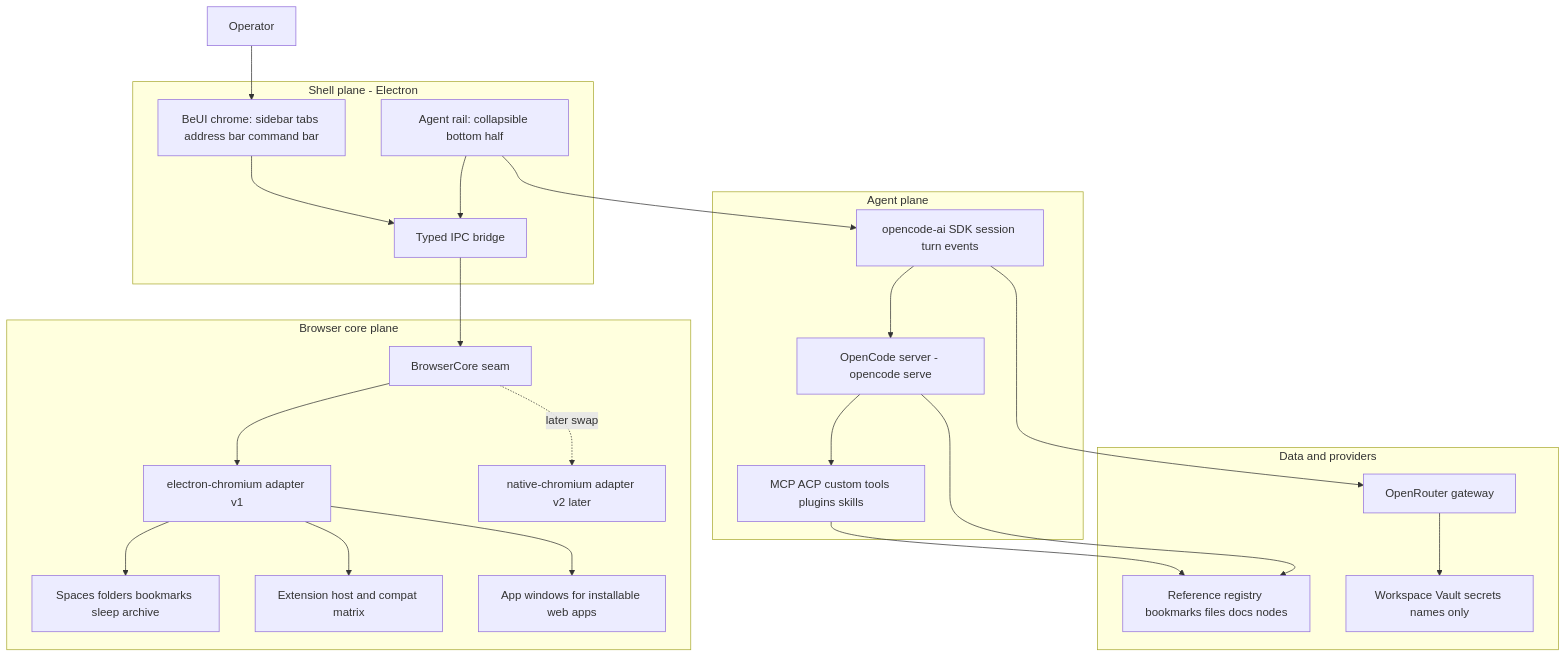
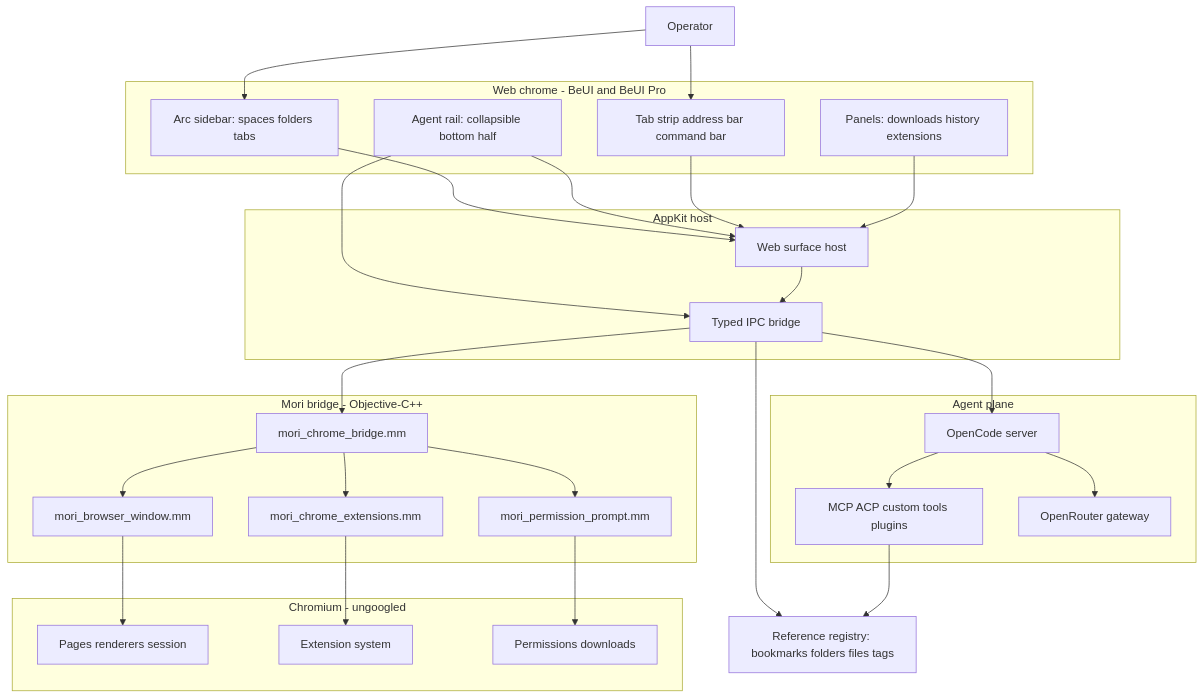
The diagram in docs/zenmium/ARCHITECTURE.md (nicharacci/zenmium), drawn with Mermaid before and after one commit. The commit also changed other lines of this file, not shown here.

Commit message:
spec(zenmium): land Mori source on main for docs/zenmium/ARCHITECTURE.md

````diff
--- a/docs/zenmium/ARCHITECTURE.md
+++ b/docs/zenmium/ARCHITECTURE.md
@@ -10,48 +7,55 @@
 ```mermaid
 flowchart TD
     operator[Operator]
 
-    subgraph shell[Shell plane - Electron]
-        chrome[BeUI chrome: sidebar tabs address bar command bar]
+    subgraph chrome[Web chrome - BeUI and BeUI Pro]
+        sidebar[Arc sidebar: spaces folders tabs]
         rail[Agent rail: collapsible bottom half]
+        strip[Tab strip address bar command bar]
+        panels[Panels: downloads history extensions]
+    end
+
+    subgraph host[AppKit host]
+        webview[Web surface host]
         ipc[Typed IPC bridge]
     end
 
-    subgraph core[Browser core plane]
-        seam[BrowserCore seam]
-        ecore[electron-chromium adapter v1]
-        ncore[native-chromium adapter v2 later]
-        spaces[Spaces folders bookmarks sleep archive]
-        ext[Extension host and compat matrix]
-        pwa[App windows for installable web apps]
+    subgraph mori[Mori bridge - Objective-C++]
+        mcb[mori_chrome_bridge.mm]
+        mbw[mori_browser_window.mm]
+        mext[mori_chrome_extensions.mm]
+        mperm[mori_permission_prompt.mm]
+    end
+
+    subgraph engine[Chromium - ungoogled]
+        pages[Pages renderers session]
+        exts[Extension system]
+        perms[Permissions downloads]
     end
 
     subgraph agent[Agent plane]
-        ocs[OpenCode server - opencode serve]
-        sdk[opencode-ai SDK session turn events]
-        tools[MCP ACP custom tools plugins skills]
+        rail --> ipc
+        ipc --> ocs[OpenCode server]
+        ocs --> tools[MCP ACP custom tools plugins]
+        ocs --> gateway[OpenRouter gateway]
     end
 
-    subgraph data[Data and providers]
-        refs[Reference registry bookmarks files docs nodes]
-        gateway[OpenRouter gateway]
-        vault[Workspace Vault secrets names only]
-    end
+    refs[Reference registry: bookmarks folders files tags]
 
-    operator --> chrome
-    chrome --> ipc
-    rail --> ipc
-    ipc --> seam
-    seam --> ecore
-    seam -. later swap .-> ncore
-    ecore --> spaces
-    ecore --> ext
-    ecore --> pwa
-    rail --> sdk
-    sdk --> ocs
-    ocs --> tools
-    sdk --> gateway
+    operator --> sidebar
+    operator --> strip
+    sidebar --> webview
+    rail --> webview
+    strip --> webview
+    panels --> webview
+    webview --> ipc
+    ipc --> mcb
+    mcb --> mbw
+    mcb --> mext
+    mcb --> mperm
+    mbw --> pages
+    mext --> exts
+    mperm --> perms
+    ipc --> refs
     tools --> refs
-    ocs --> refs
-    gateway --> vault
 ```
````
